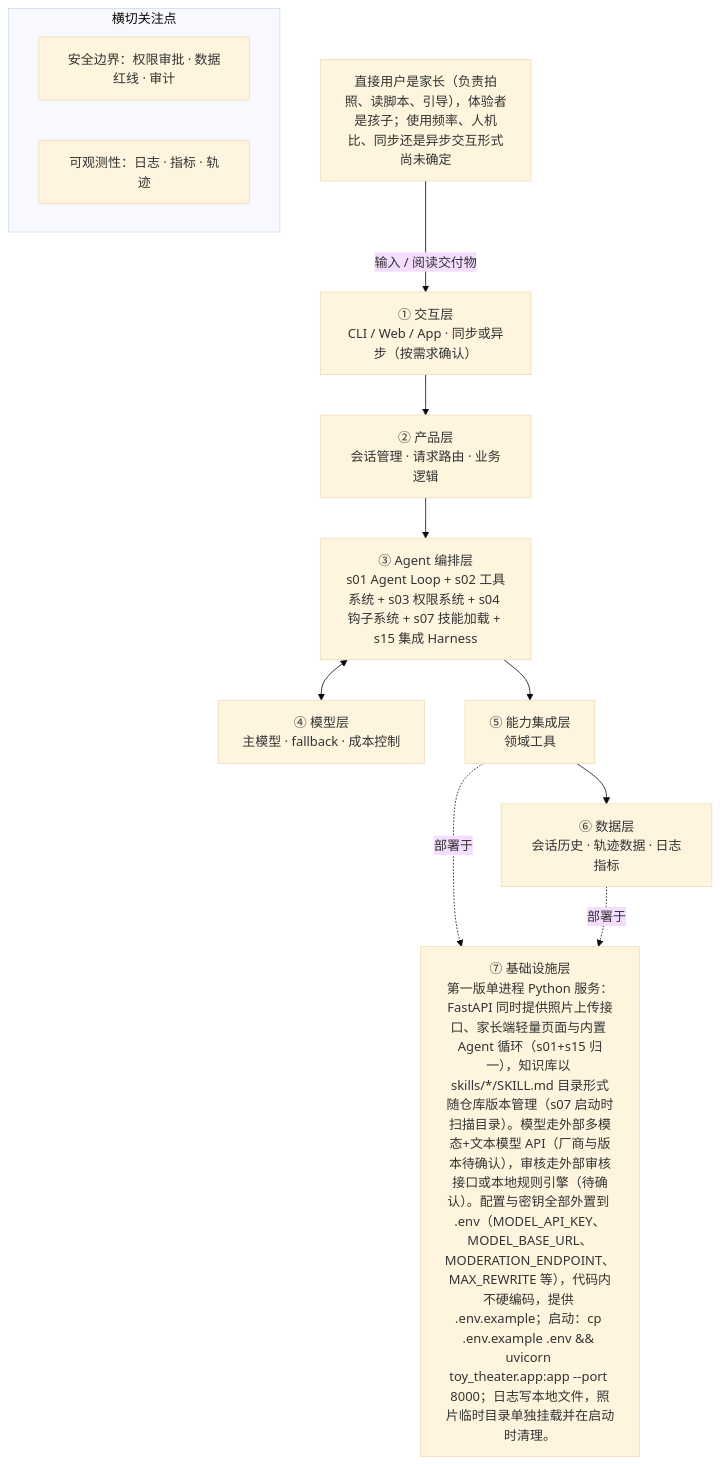
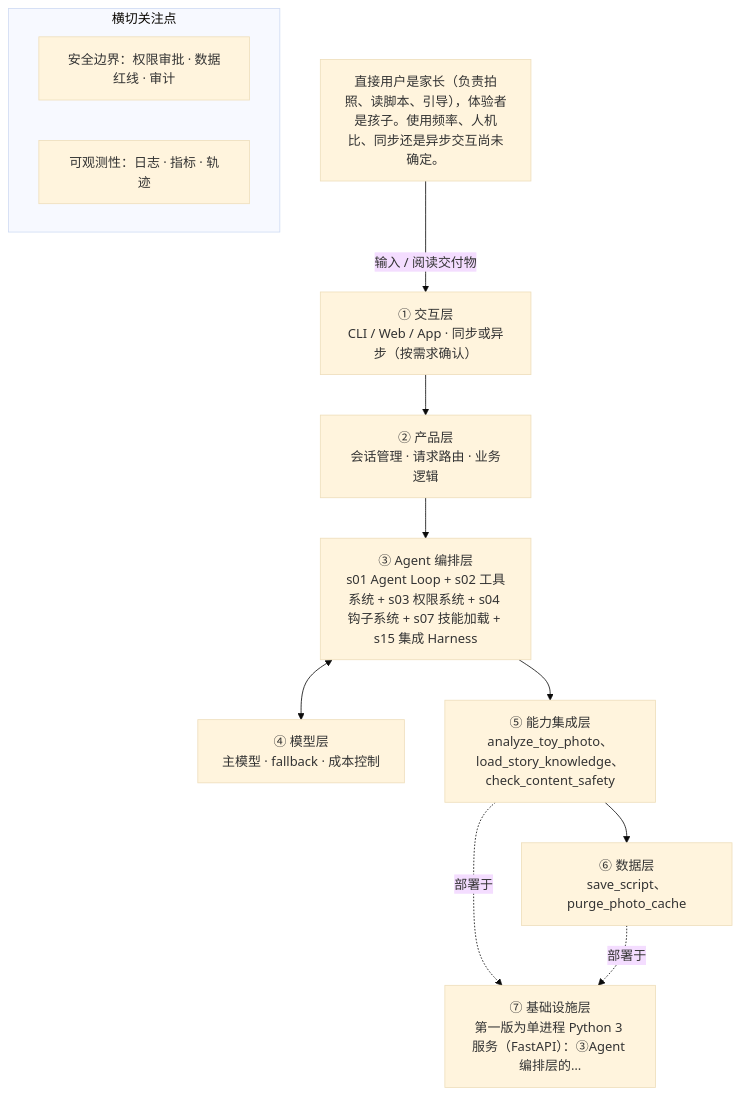
One commit to hubooooooo/agent-blueprint changed the diagram in docs/examples/方案示例-玩具剧场-真实运行.md. Above: the diagram before and after it, drawn with Mermaid (base theme). The commit also changed other lines of this file and 5 other files, not shown here.

First line of the commit message:
fix(engine): 七层架构图对上工具归属层，节点和验收表只放摘要

````diff
--- a/docs/examples/方案示例-玩具剧场-真实运行.md
+++ b/docs/examples/方案示例-玩具剧场-真实运行.md
@@ -100,22 +102,22 @@
 ```mermaid
 flowchart TD
-    U["直接用户是家长（负责拍照、读脚本、引导），体验者是孩子；使用频率、人机比、同步还是异步交互形式尚未确定"] -->|输入 / 阅读交付物| L1
+    U["直接用户是家长（负责拍照、读脚本、引导），体验者是孩子。使用频率、人机比、同步还是异步交互尚未确定。"] -->|输入 / 阅读交付物| L1
     L1["① 交互层<br/>CLI / Web / App · 同步或异步（按需求确认）"]
     L2["② 产品层<br/>会话管理 · 请求路由 · 业务逻辑"]
     L3["③ Agent 编排层<br/>s01 Agent Loop + s02 工具系统 + s03 权限系统 + s04 钩子系统 + s07 技能加载 + s15 集成 Harness"]
     L4["④ 模型层<br/>主模型 · fallback · 成本控制"]
-    L5["⑤ 能力集成层<br/>领域工具"]
-    L6["⑥ 数据层<br/>会话历史 · 轨迹数据 · 日志指标"]
-    L7["⑦ 基础设施层<br/>第一版单进程 Python 服务：FastAPI 同时提供照片上传接口、家长端轻量页面与内置 Agent 循环（s01+s15 归一），知识库以 skills/*/SKILL.md 目录形式随仓库版本管理（s07 启动时扫描目录）。模型走外部多模态+文本模型 API（厂商与版本待确认），审核走外部审核接口或本地规则引擎（待确认）。配置与密钥全部外置到 .env（MODEL_API_KEY、MODEL_BASE_URL、MODERATION_ENDPOINT、MAX_REWRITE 等），代码内不硬编码，提供 .env.example；启动：cp .env.example .env #38;#38; uvicorn toy_theater.app:app --port 8000；日志写本地文件，照片临时目录单独挂载并在启动时清理。"]
+    L5["⑤ 能力集成层<br/>analyze_toy_photo、load_story_knowledge、check_content_safety"]
+    L6["⑥ 数据层<br/>save_script、purge_photo_cache"]
+    L7["⑦ 基础设施层<br/>第一版为单进程 Python 3 服务（FastAPI）：③Agent 编排层的…"]
     L1 --> L2
     L2 --> L3
     L3 <--> L4
     L3 --> L5
     L5 --> L6
     L5 -.->|部署于| L7
     L6 -.->|部署于| L7
     subgraph 横切关注点
         SEC["安全边界：权限审批 · 数据红线 · 审计"]
         OBS["可观测性：日志 · 指标 · 轨迹"]
     end
 ```
````
